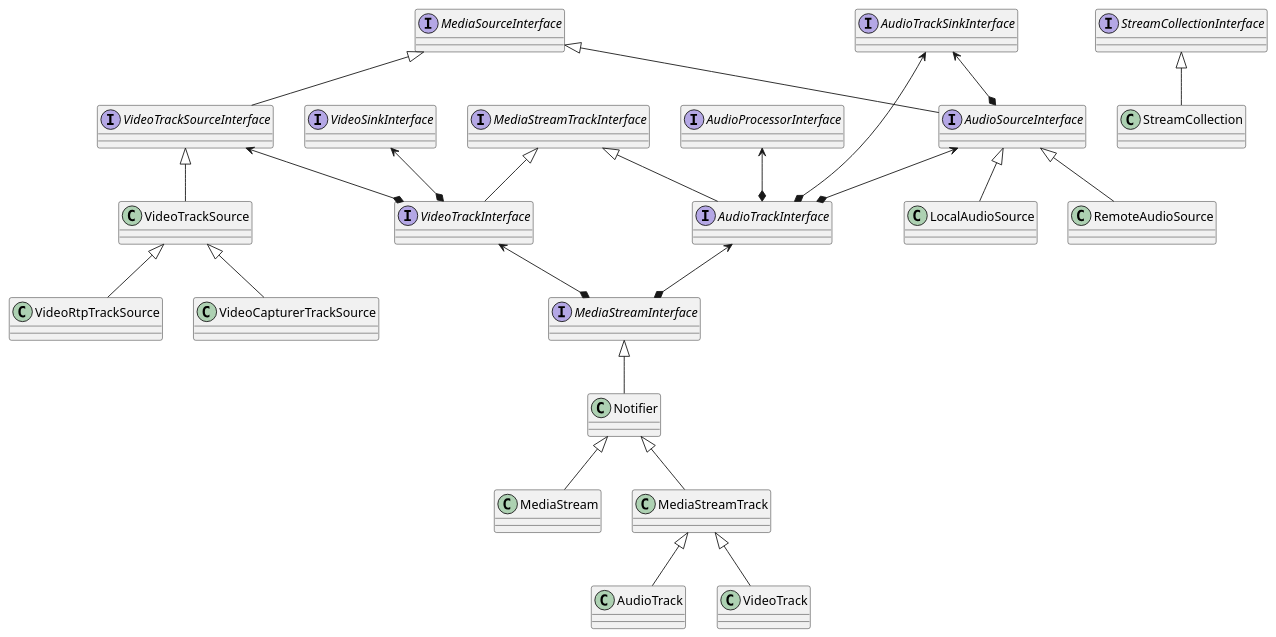
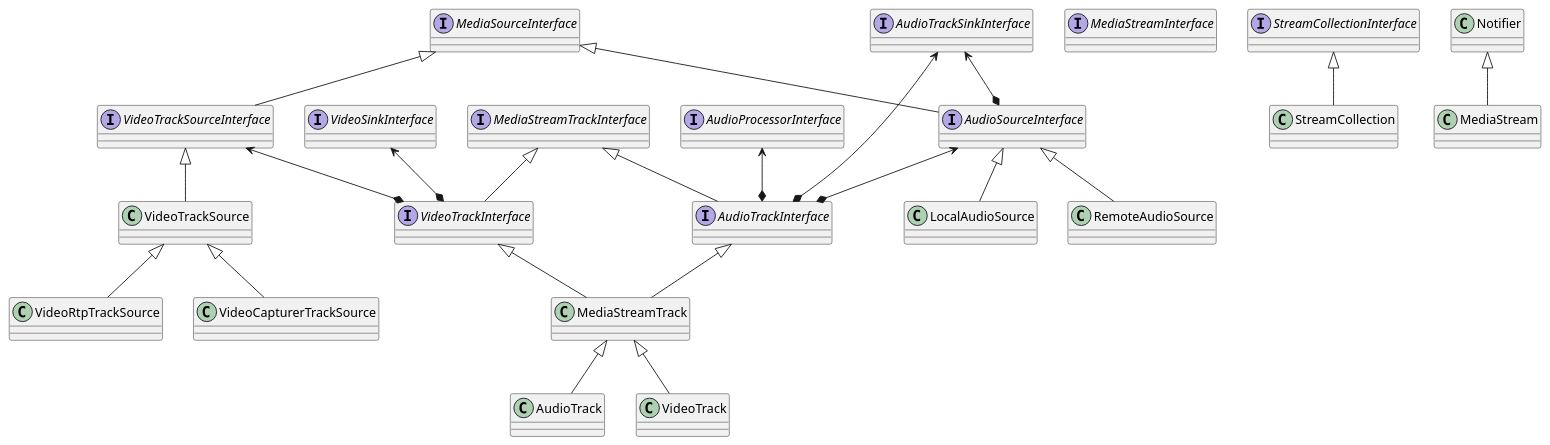
Before and after one commit to qq175175055/webrtc_summary: the diagram in pc/links/MediaStream.puml, drawn with PlantUML. The commit also changed 1 other file, not shown here.

Commit message:
修改mediastream/track的类图

```diff
--- a/pc/links/MediaStream.puml
+++ b/pc/links/MediaStream.puml
@@ -1,61 +1,58 @@
 @startuml mediastreaminterface
 interface MediaSourceInterface
 interface MediaStreamTrackInterface
 interface VideoTrackSourceInterface
 interface AudioProcessorInterface
 interface VideoSinkInterface
 interface VideoTrackInterface
 
 interface AudioTrackSinkInterface
 interface AudioSourceInterface
 interface AudioTrackInterface
 interface MediaStreamInterface
 
 interface StreamCollectionInterface
 
 class Notifier
 class MediaStream
 class MediaStreamTrack
 class AudioTrack
 class VideoTrack
 class LocalAudioSource
 class RemoteAudioSource
 
 class VideoTrackSource
 class VideoCapturerTrackSource
 class VideoRtpTrackSource
 
 class StreamCollection
 
 MediaSourceInterface <|-- VideoTrackSourceInterface
 
 MediaStreamTrackInterface <|-- VideoTrackInterface
 VideoSinkInterface <--* VideoTrackInterface
 VideoTrackSourceInterface <--* VideoTrackInterface
 
 MediaSourceInterface <|-- AudioSourceInterface
 MediaStreamTrackInterface <|-- AudioTrackInterface
 AudioTrackSinkInterface <--* AudioSourceInterface
 AudioTrackSinkInterface <--* AudioTrackInterface
 AudioProcessorInterface <--* AudioTrackInterface
 AudioSourceInterface <--* AudioTrackInterface
 
-AudioTrackInterface <--* MediaStreamInterface
-VideoTrackInterface <--* MediaStreamInterface
-
-MediaStreamInterface <|-- Notifier
 Notifier <|-- MediaStream
 
-Notifier <|-- MediaStreamTrack
+AudioTrackInterface <|-- MediaStreamTrack
+VideoTrackInterface <|-- MediaStreamTrack
 MediaStreamTrack <|-- AudioTrack
 MediaStreamTrack <|-- VideoTrack
 
 AudioSourceInterface <|-- LocalAudioSource
 AudioSourceInterface <|-- RemoteAudioSource
 
 VideoTrackSourceInterface <|-- VideoTrackSource
 VideoTrackSource <|-- VideoCapturerTrackSource
 VideoTrackSource <|-- VideoRtpTrackSource
 
 StreamCollectionInterface <|-- StreamCollection
 @enduml
```
